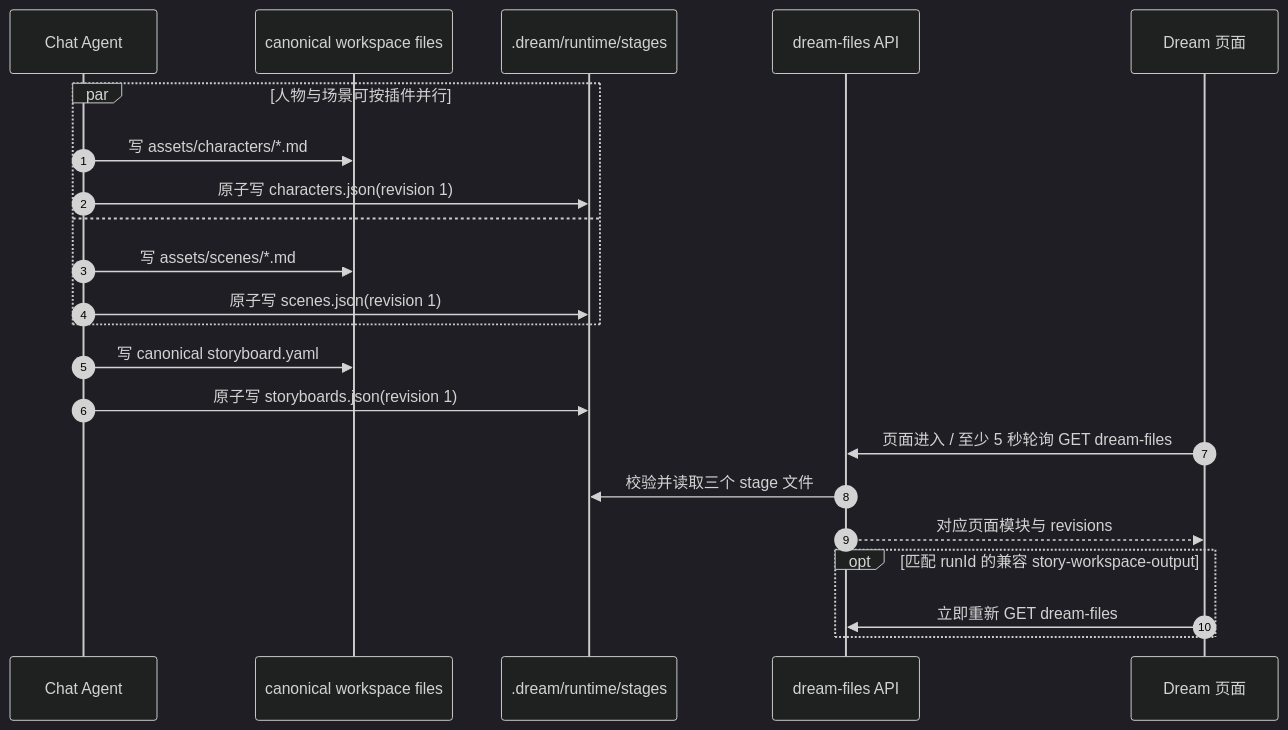
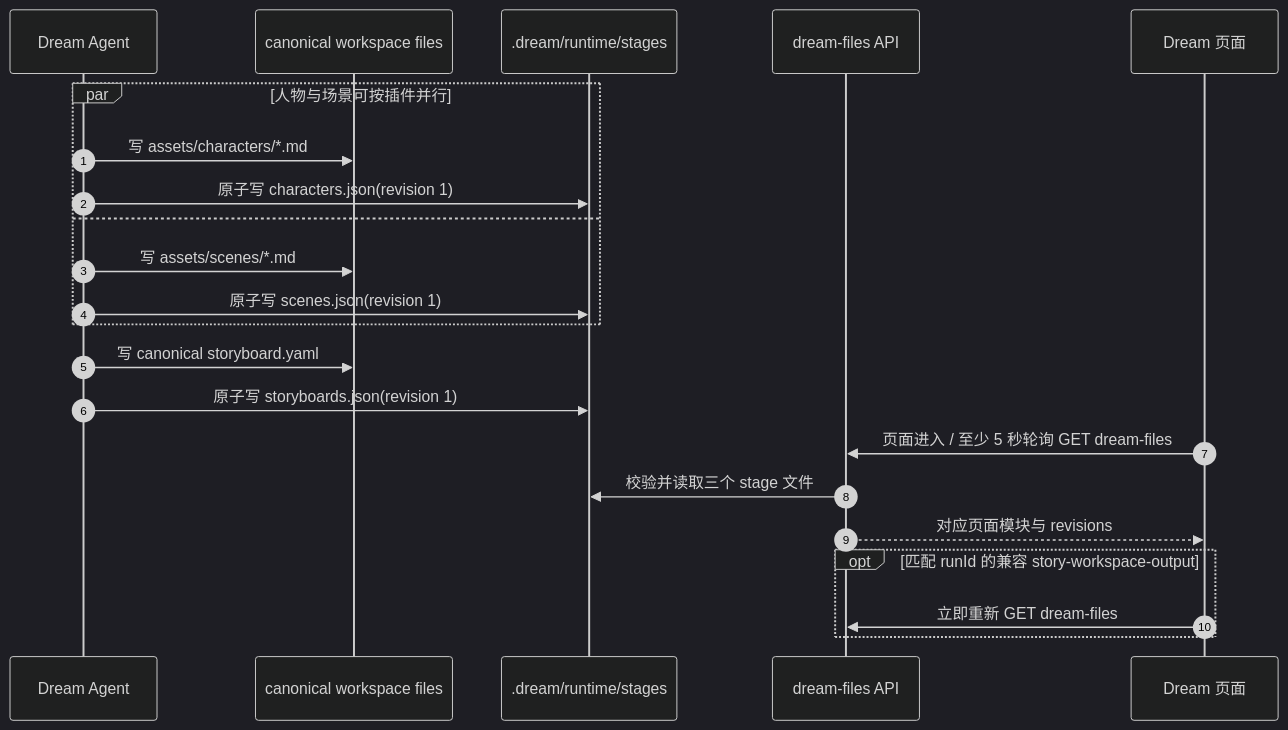
Before and after one commit to glide-the/im-dream: the third of 4 diagrams in docs/design/story-workspace/design_007_dream-business-module-interaction.md, drawn with Mermaid (dark theme). The commit also changed other lines of this file and 5 other files, not shown here.

````diff
--- a/docs/design/story-workspace/design_007_dream-business-module-interaction.md
+++ b/docs/design/story-workspace/design_007_dream-business-module-interaction.md
@@ -203,25 +220,25 @@
 ```mermaid
 sequenceDiagram
     autonumber
-    participant Agent as Chat Agent
+    participant Agent as Dream Agent
     participant Canonical as canonical workspace files
     participant DreamFiles as .dream/runtime/stages
     participant API as dream-files API
     participant Page as Dream 页面
 
     par 人物与场景可按插件并行
         Agent->>Canonical: 写 assets/characters/*.md
         Agent->>DreamFiles: 原子写 characters.json(revision 1)
     and
         Agent->>Canonical: 写 assets/scenes/*.md
         Agent->>DreamFiles: 原子写 scenes.json(revision 1)
     end
     Agent->>Canonical: 写 canonical storyboard.yaml
     Agent->>DreamFiles: 原子写 storyboards.json(revision 1)
     Page->>API: 页面进入 / 至少 5 秒轮询 GET dream-files
     API->>DreamFiles: 校验并读取三个 stage 文件
     API-->>Page: 对应页面模块与 revisions
     opt 匹配 runId 的兼容 story-workspace-output
         Page->>API: 立即重新 GET dream-files
     end
 ```
````
